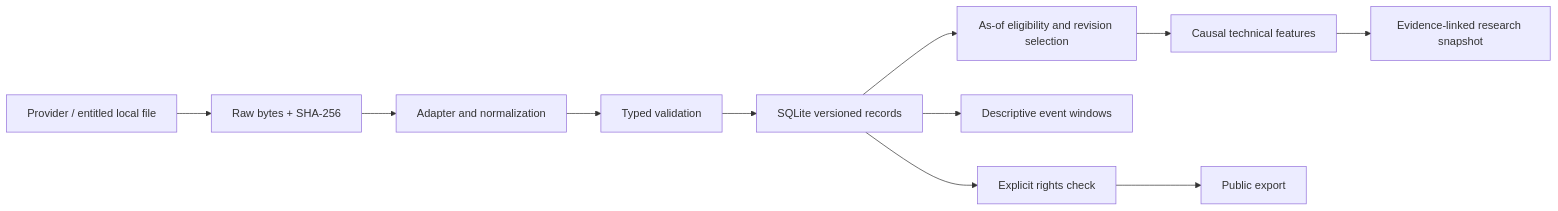
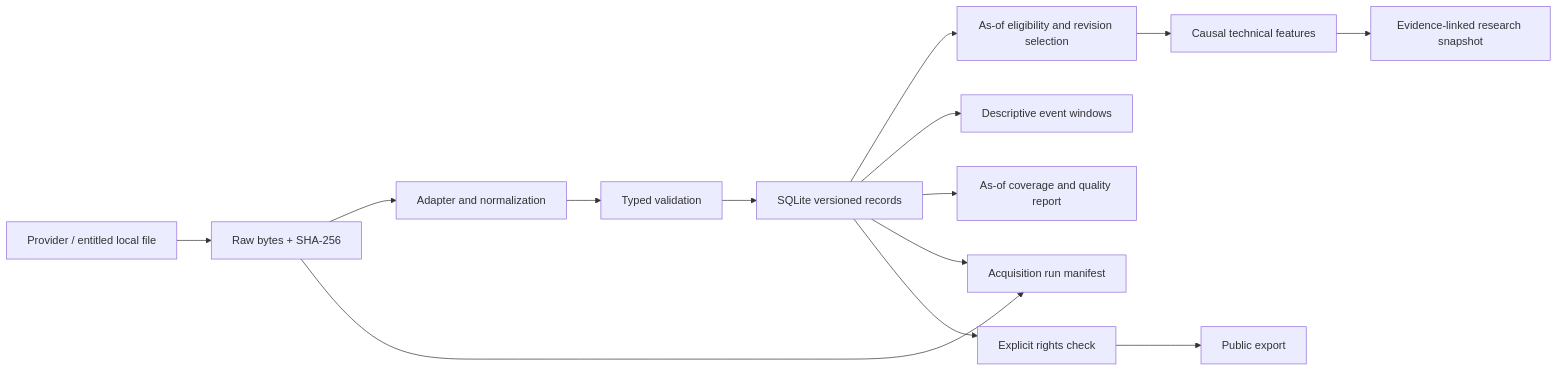
The diagram in docs/architecture.md (aliahmadi1382/Gold-Inforamtion), drawn with Mermaid before and after one commit. The commit also changed other lines of this file and 30 other files, not shown here.

Commit message:
Add acquisition manifests, quality gates and Persian learning phases

````diff
--- a/docs/architecture.md
+++ b/docs/architecture.md
@@ -3,13 +3,16 @@
 ```mermaid
 flowchart LR
     P[Provider / entitled local file] --> R[Raw bytes + SHA-256]
     R --> A[Adapter and normalization]
     A --> V[Typed validation]
     V --> S[SQLite versioned records]
     S --> T[As-of eligibility and revision selection]
     T --> F[Causal technical features]
     F --> M[Evidence-linked research snapshot]
     S --> E[Descriptive event windows]
+    S --> Q[As-of coverage and quality report]
+    R --> I[Acquisition run manifest]
+    S --> I
     S --> L[Explicit rights check]
     L --> X[Public export]
 ```
````
